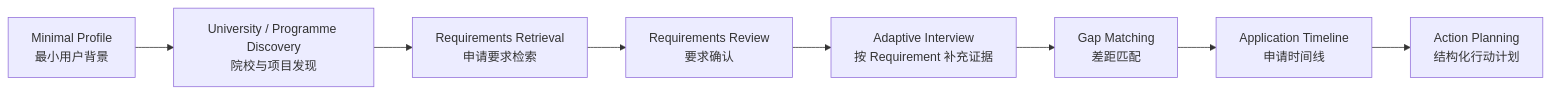
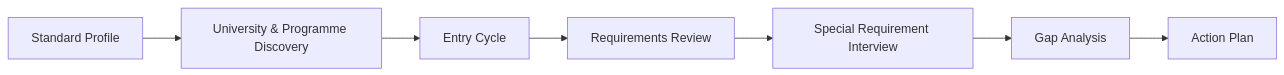
Before and after one commit to Adrian219-gif/Viaform: the diagram in README.md, drawn with Mermaid. The commit also changed other lines of this file and 1 other file, not shown here.

````diff
--- a/README.md
+++ b/README.md
@@ -20,10 +25,9 @@
 ```mermaid
 flowchart LR
-    A[Minimal Profile<br/>最小用户背景] --> B[University / Programme Discovery<br/>院校与项目发现]
-    B --> C[Requirements Retrieval<br/>申请要求检索]
-    C --> D[Requirements Review<br/>要求确认]
-    D --> E[Adaptive Interview<br/>按 Requirement 补充证据]
-    E --> F[Gap Matching<br/>差距匹配]
-    F --> G[Application Timeline<br/>申请时间线]
-    G --> H[Action Planning<br/>结构化行动计划]
+    A[Standard Profile] --> B[University & Programme Discovery]
+    B --> C[Entry Cycle]
+    C --> D[Requirements Review]
+    D --> E[Special Requirement Interview]
+    E --> F[Gap Analysis]
+    F --> G[Action Plan]
 ```
````
